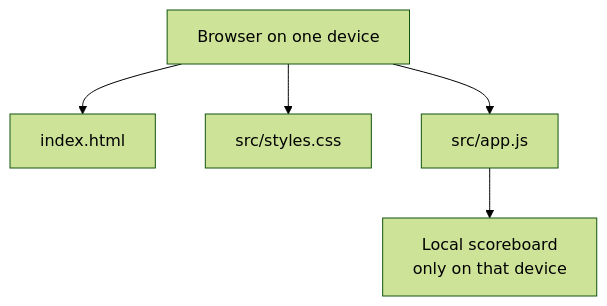
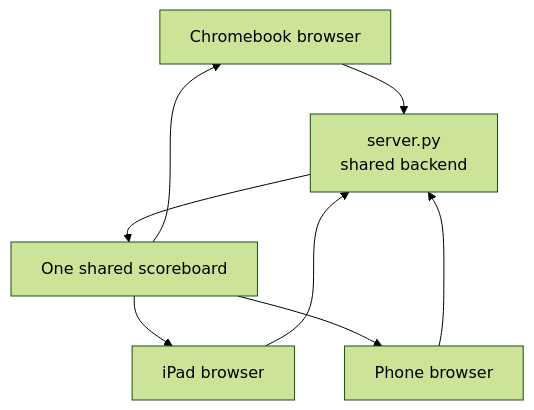
Before and after one commit to Mr-PI-Bala/SPRK-Hello-Repo: the fifth of 6 diagrams in missions/01-ReactionRace-nP/docs/MISSION_GUIDE.md, drawn with Mermaid (forest theme). The commit also changed other lines of this file and 5 other files, not shown here.

Commit message:
Add shared ReactionRace scoreboard backend

````diff
--- a/missions/01-ReactionRace-nP/docs/MISSION_GUIDE.md
+++ b/missions/01-ReactionRace-nP/docs/MISSION_GUIDE.md
@@ -315,7 +333,10 @@
 ```mermaid
 flowchart TD
-    Browser["Browser on one device"] --> HTML["index.html"]
-    Browser --> CSS["src/styles.css"]
-    Browser --> JS["src/app.js"]
-    JS --> Score["Local scoreboard<br/>only on that device"]
+    DeviceA["Chromebook browser"] --> Backend["server.py<br/>shared backend"]
+    DeviceB["iPad browser"] --> Backend
+    DeviceC["Phone browser"] --> Backend
+    Backend --> Score["One shared scoreboard"]
+    Score --> DeviceA
+    Score --> DeviceB
+    Score --> DeviceC
 ```
````
